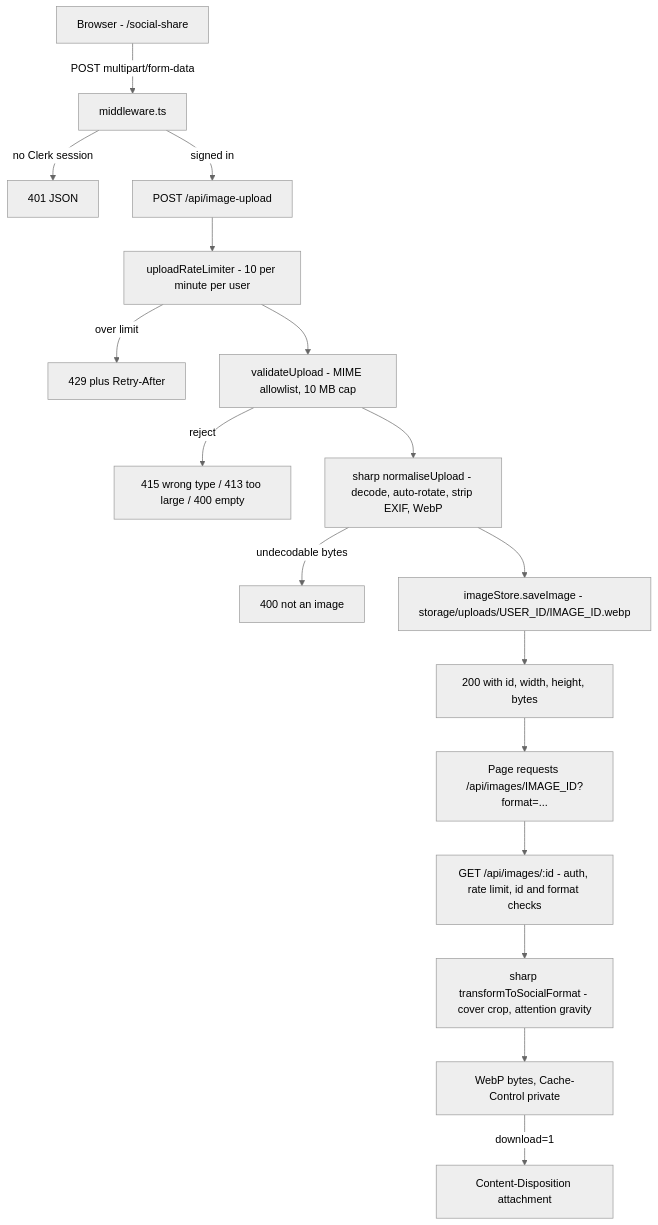
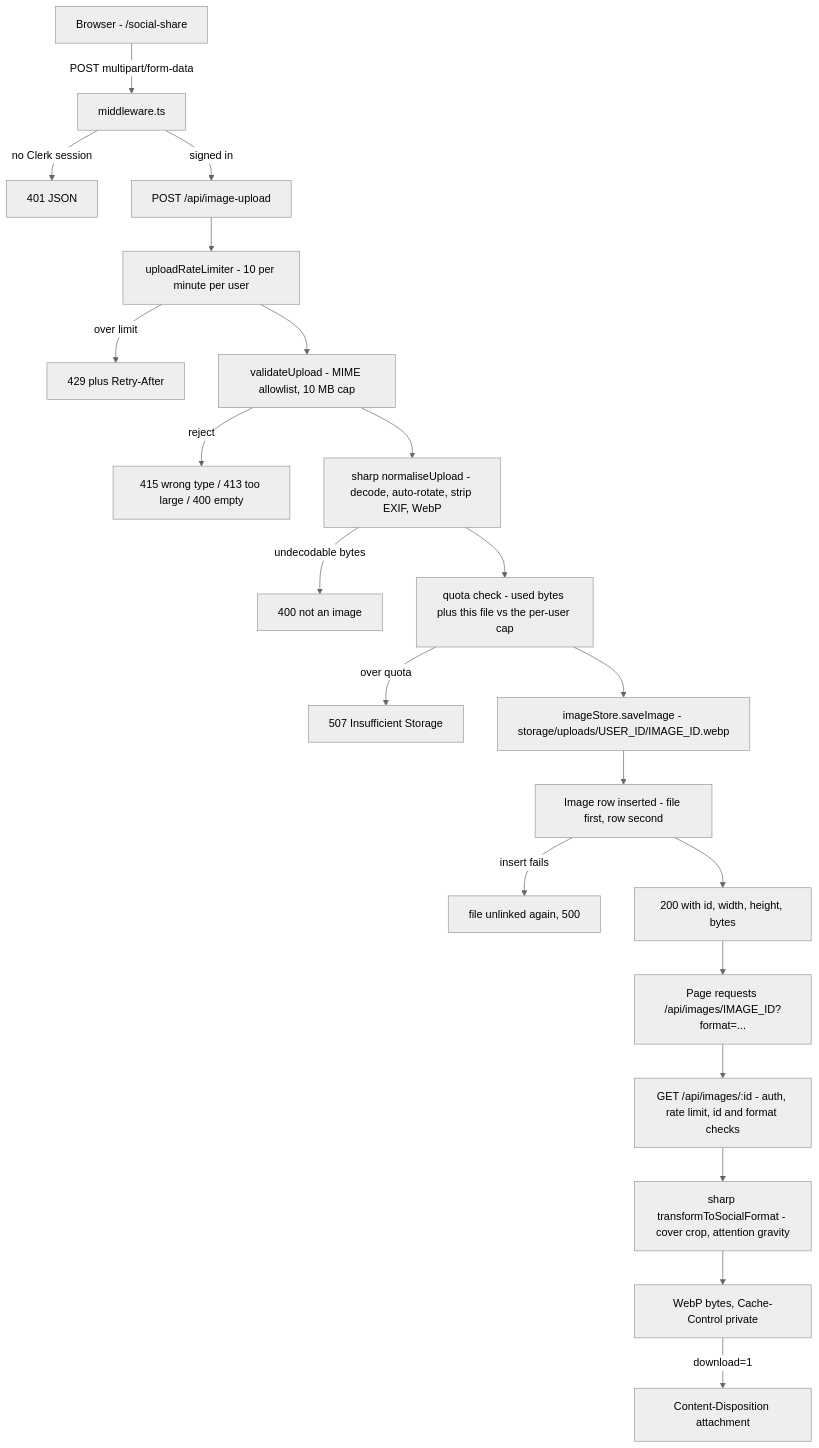
The diagram in README.md (vipinsao/ai-saas-webapp), drawn with Mermaid (neutral theme) before and after one commit. The commit also changed other lines of this file and 2 other files, not shown here.

````diff
--- a/README.md
+++ b/README.md
@@ -9,21 +9,25 @@
 ```mermaid
 flowchart TD
     A["Browser - /social-share"] -->|"POST multipart/form-data"| B["middleware.ts"]
     B -->|"no Clerk session"| Z1["401 JSON"]
     B -->|"signed in"| C["POST /api/image-upload"]
 
     C --> D["uploadRateLimiter - 10 per minute per user"]
     D -->|"over limit"| Z2["429 plus Retry-After"]
     D --> E["validateUpload - MIME allowlist, 10 MB cap"]
     E -->|"reject"| Z3["415 wrong type / 413 too large / 400 empty"]
     E --> F["sharp normaliseUpload - decode, auto-rotate, strip EXIF, WebP"]
     F -->|"undecodable bytes"| Z4["400 not an image"]
-    F --> G["imageStore.saveImage - storage/uploads/USER_ID/IMAGE_ID.webp"]
-    G --> H["200 with id, width, height, bytes"]
+    F --> Q["quota check - used bytes plus this file vs the per-user cap"]
+    Q -->|"over quota"| Z5["507 Insufficient Storage"]
+    Q --> G["imageStore.saveImage - storage/uploads/USER_ID/IMAGE_ID.webp"]
+    G --> R["Image row inserted - file first, row second"]
+    R -->|"insert fails"| Z6["file unlinked again, 500"]
+    R --> H["200 with id, width, height, bytes"]
 
     H --> I["Page requests /api/images/IMAGE_ID?format=..."]
     I --> J["GET /api/images/:id - auth, rate limit, id and format checks"]
     J --> K["sharp transformToSocialFormat - cover crop, attention gravity"]
     K --> L["WebP bytes, Cache-Control private"]
     L -->|"download=1"| M["Content-Disposition attachment"]
 ```
````
